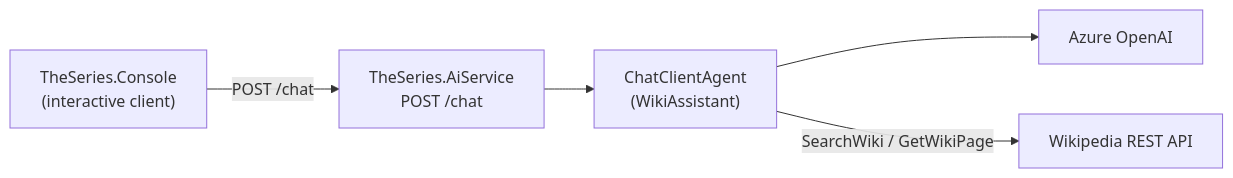
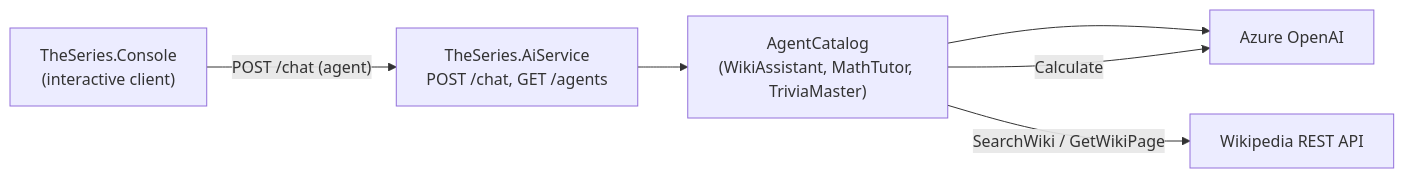
Before and after one commit to o-viken/AgenticLab: the diagram in README.md, drawn with Mermaid. The commit also changed other lines of this file and 13 other files, not shown here.

````diff
--- a/README.md
+++ b/README.md
@@ -7,13 +7,14 @@
 ```mermaid
 flowchart LR
     Console["TheSeries.Console<br/>(interactive client)"]
-    AiService["TheSeries.AiService<br/>POST /chat"]
-    Agent["ChatClientAgent<br/>(WikiAssistant)"]
+    AiService["TheSeries.AiService<br/>POST /chat, GET /agents"]
+    Catalog["AgentCatalog<br/>(WikiAssistant, MathTutor, TriviaMaster)"]
     OpenAI["Azure OpenAI"]
     Wiki["Wikipedia REST API"]
 
-    Console -->|"POST /chat"| AiService
-    AiService --> Agent
-    Agent --> OpenAI
-    Agent -->|"SearchWiki / GetWikiPage"| Wiki
+    Console -->|"POST /chat (agent)"| AiService
+    AiService --> Catalog
+    Catalog --> OpenAI
+    Catalog -->|"SearchWiki / GetWikiPage"| Wiki
+    Catalog -->|"Calculate"| OpenAI
 ```
````
